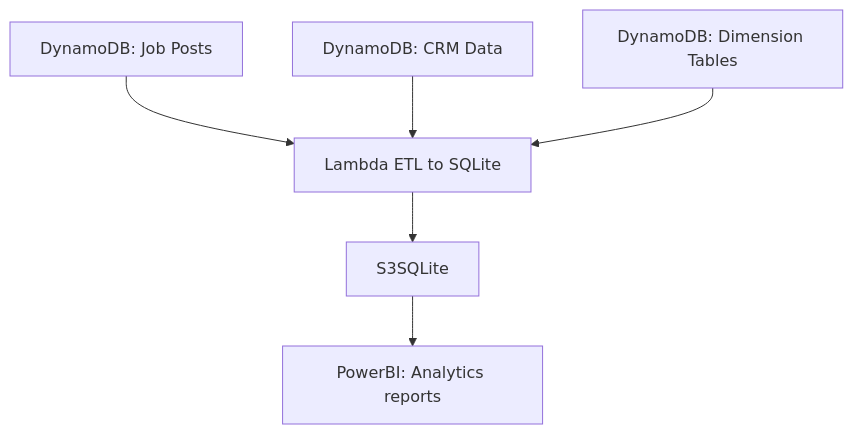
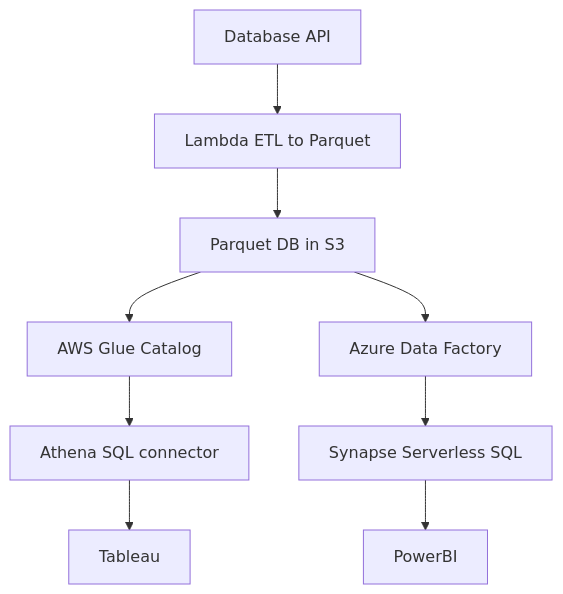
The fifth of 5 diagrams in docs/workflows.md (yayfalafels/mcfpipe), drawn with Mermaid before and after one commit. The commit also changed other lines of this file and 15 other files, not shown here.

````diff
--- a/docs/workflows.md
+++ b/docs/workflows.md
@@ -136,16 +136,24 @@
 ```mermaid
 graph TB
 
-DynamoJobs["DynamoDB: Job Posts"]
-DynamoCRM["DynamoDB: CRM Data"]
-DynamoConfig["DynamoDB: Dimension Tables"]
-LambdaETL["Lambda ETL to SQLite"]
-BI["PowerBI: Analytics reports"]
+DBAPI["Database API"]
+LambdaETL["Lambda ETL to Parquet"]
+DB["Parquet DB in S3"]
+Glue["AWS Glue Catalog"]
+Athena["Athena SQL connector"]
+DF["Azure Data Factory"]
+SSQL["Synapse Serverless SQL"]
+PBI["PowerBI"]
+TBI["Tableau"]
 
 %% ETL flow
-DynamoJobs --> LambdaETL
-DynamoCRM --> LambdaETL
-DynamoConfig --> LambdaETL
-LambdaETL --> S3SQLite
-S3SQLite --> BI
+DBAPI --> LambdaETL
+LambdaETL --> DB
+DB --> Glue
+Glue --> Athena
+Athena --> TBI
+DB --> DF
+DF --> SSQL
+SSQL --> PBI
+
 ```
````
